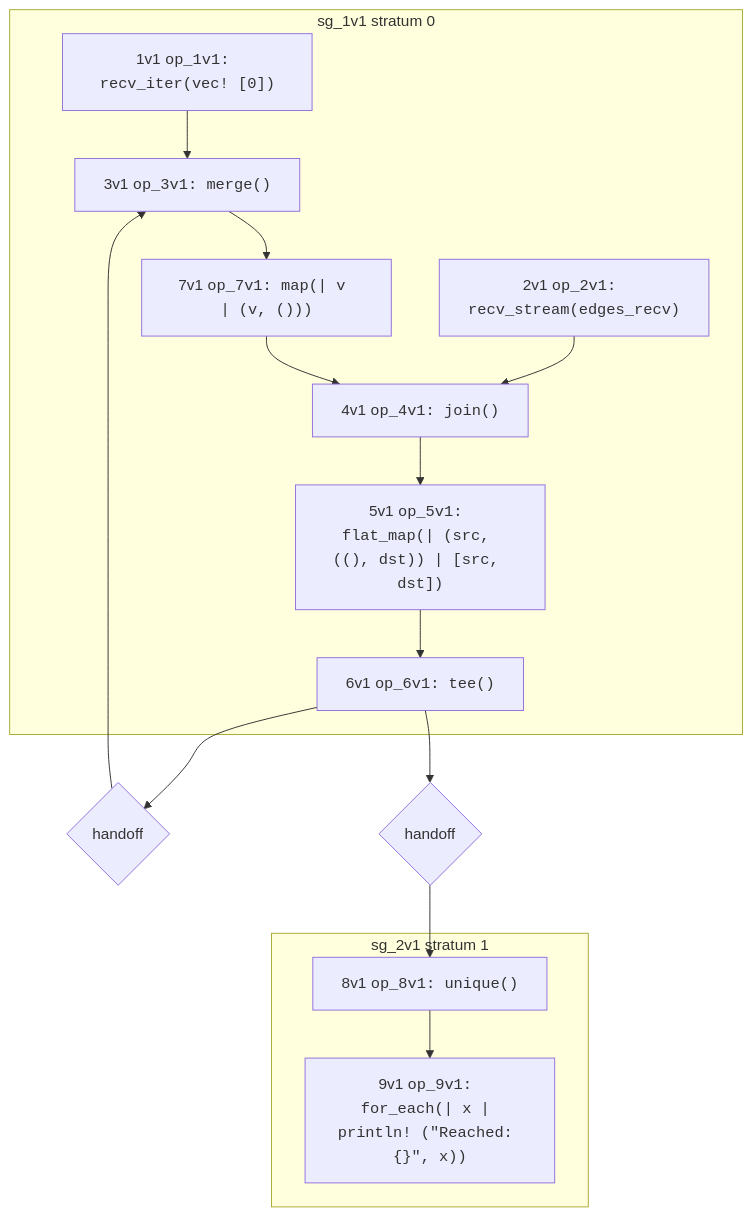
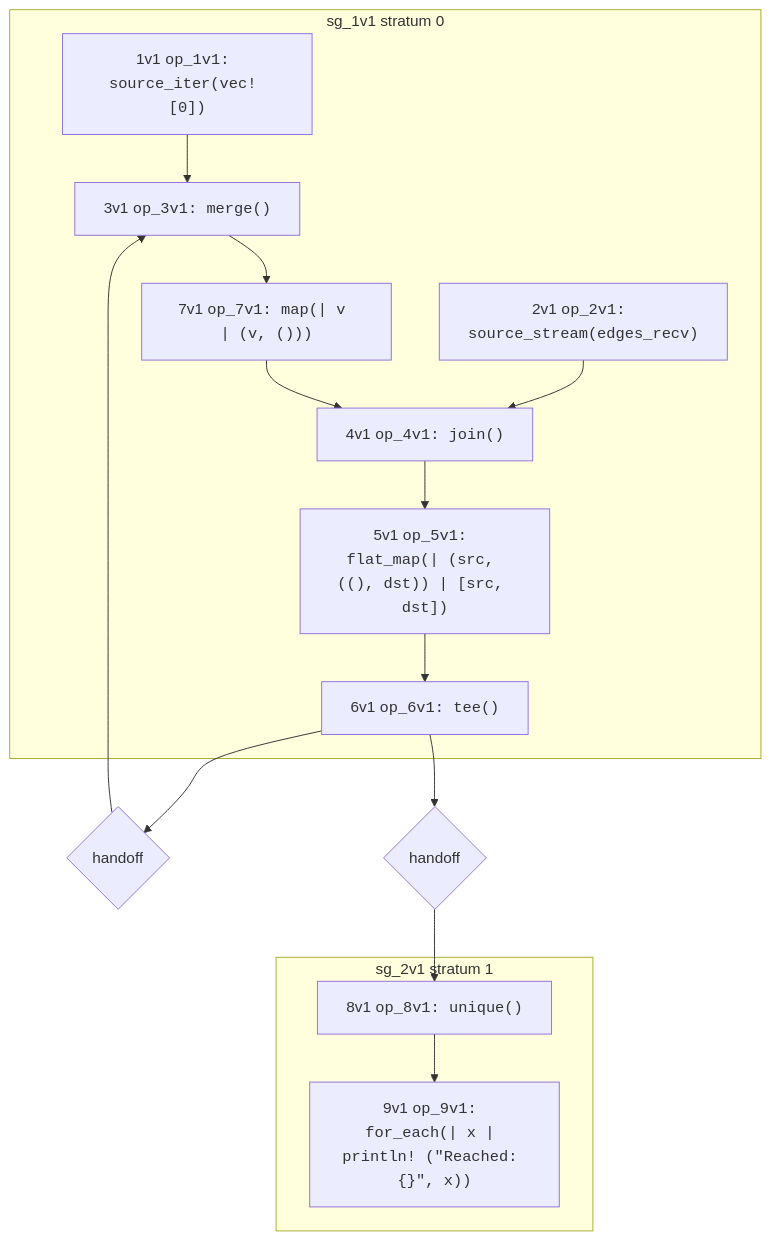
One commit to nickjiang2378/hydroflow changed the second of 2 diagrams in book/example_5_surface.md. Above: the diagram before and after it, drawn with Mermaid. The commit also changed other lines of this file and 87 other files, not shown here.

````diff
--- a/book/example_5_surface.md
+++ b/book/example_5_surface.md
@@ -131,31 +131,31 @@
 ```mermaid
 flowchart TB
     subgraph "sg_1v1 stratum 0"
-        1v1["1v1 <tt>op_1v1: recv_iter(vec! [0])</tt>"]
-        2v1["2v1 <tt>op_2v1: recv_stream(edges_recv)</tt>"]
+        1v1["1v1 <tt>op_1v1: source_iter(vec! [0])</tt>"]
+        2v1["2v1 <tt>op_2v1: source_stream(edges_recv)</tt>"]
         3v1["3v1 <tt>op_3v1: merge()</tt>"]
         7v1["7v1 <tt>op_7v1: map(| v | (v, ()))</tt>"]
         4v1["4v1 <tt>op_4v1: join()</tt>"]
         5v1["5v1 <tt>op_5v1: flat_map(| (src, ((), dst)) | [src, dst])</tt>"]
         6v1["6v1 <tt>op_6v1: tee()</tt>"]
     end
     subgraph "sg_2v1 stratum 1"
         8v1["8v1 <tt>op_8v1: unique()</tt>"]
         9v1["9v1 <tt>op_9v1: for_each(| x | println! (&quot;Reached: {}&quot;, x))</tt>"]
     end
 
     10v1{"handoff"}
     11v1{"handoff"}
 
     1v1-->3v1
     2v1-->4v1
     3v1-->7v1
     4v1-->5v1
     5v1-->6v1
     6v1-->10v1
     6v1-->11v1
     7v1-->4v1
     8v1-->9v1
     10v1-->3v1
     11v1-->8v1
 ```
````
